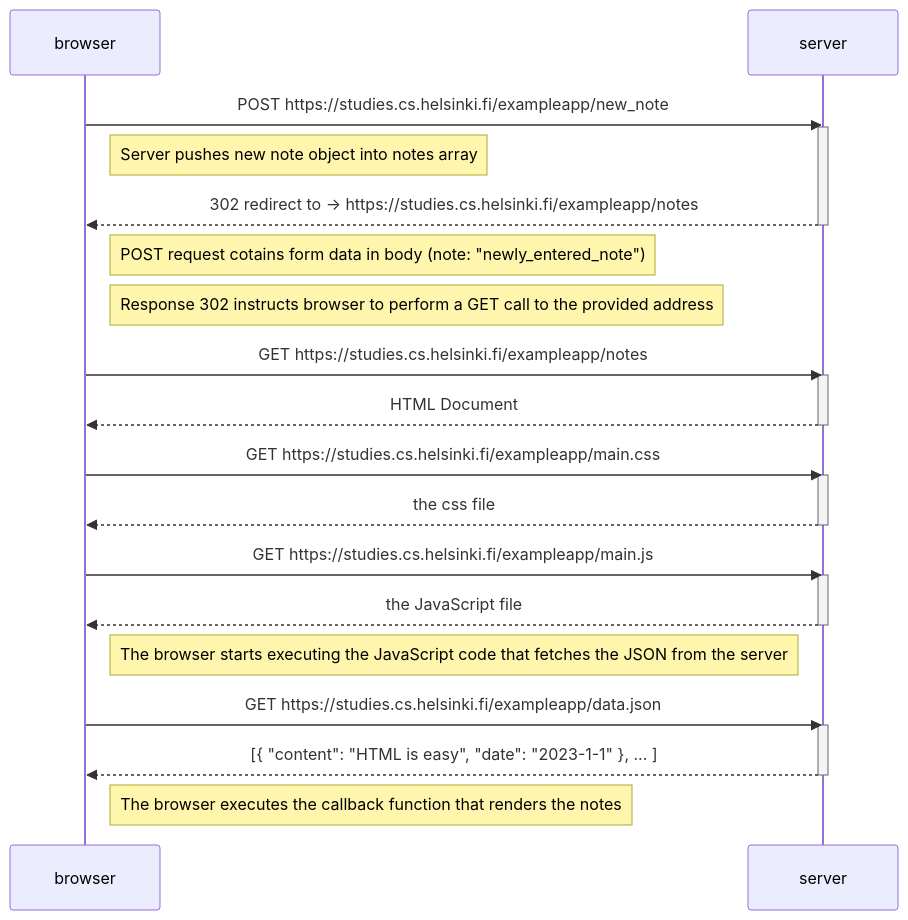
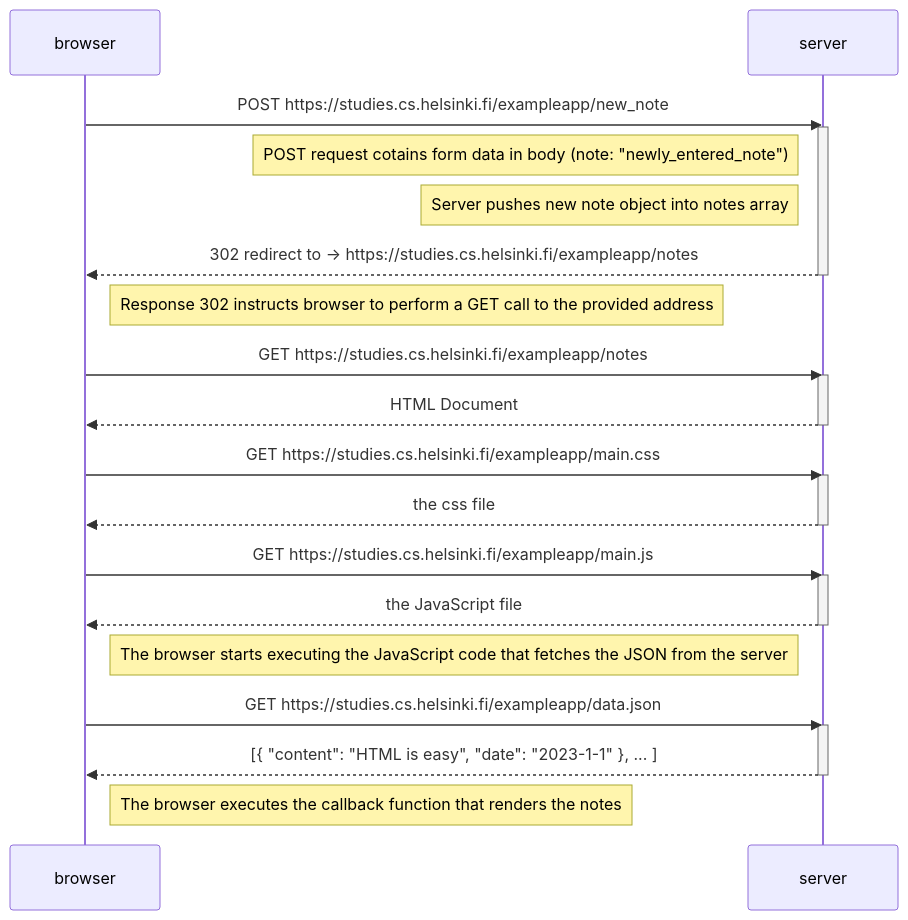
Before and after one commit to po8po9/fullstackopen_mazzarella: the diagram in part0/new_notes_diagram.md, drawn with Mermaid.

Commit message:
Update new_notes_diagram.md
rearranging structure for better understanding

````diff
--- a/part0/new_notes_diagram.md
+++ b/part0/new_notes_diagram.md
@@ -1,41 +1,40 @@
 ```mermaid
 sequenceDiagram
     participant browser
     participant server
 
     browser->>server: POST https://studies.cs.helsinki.fi/exampleapp/new_note
     activate server
 
-    Note right of browser: Server pushes new note object into notes array
+    Note left of server: POST request  cotains form data in body (note: "newly_entered_note")
+    Note left of server: Server pushes new note object into notes array
 
     server-->>browser: 302 redirect to -> https://studies.cs.helsinki.fi/exampleapp/notes
     deactivate server
 
-    
-    Note right of browser: POST request  cotains form data in body (note: "newly_entered_note")
     Note right of browser: Response 302 instructs browser to perform a GET call to the provided address
 
     browser->>server: GET https://studies.cs.helsinki.fi/exampleapp/notes
     activate server
     server-->>browser: HTML Document
     deactivate server
 
     browser->>server: GET https://studies.cs.helsinki.fi/exampleapp/main.css
     activate server
     server-->>browser: the css file
     deactivate server
 
     browser->>server: GET https://studies.cs.helsinki.fi/exampleapp/main.js
     activate server
     server-->>browser: the JavaScript file
     deactivate server
 
     Note right of browser: The browser starts executing the JavaScript code that fetches the JSON from the server
 
     browser->>server: GET https://studies.cs.helsinki.fi/exampleapp/data.json
     activate server
     server-->>browser: [{ "content": "HTML is easy", "date": "2023-1-1" }, ... ]
     deactivate server
 
     Note right of browser: The browser executes the callback function that renders the notes
 ```
````
